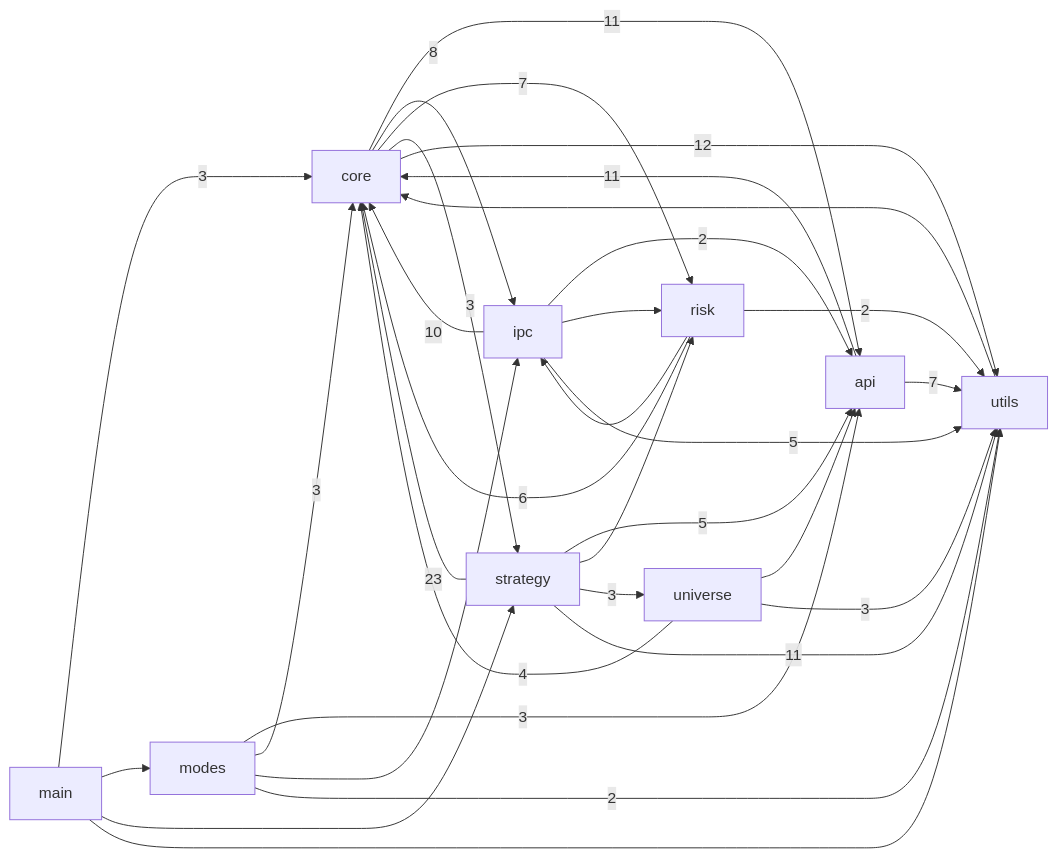
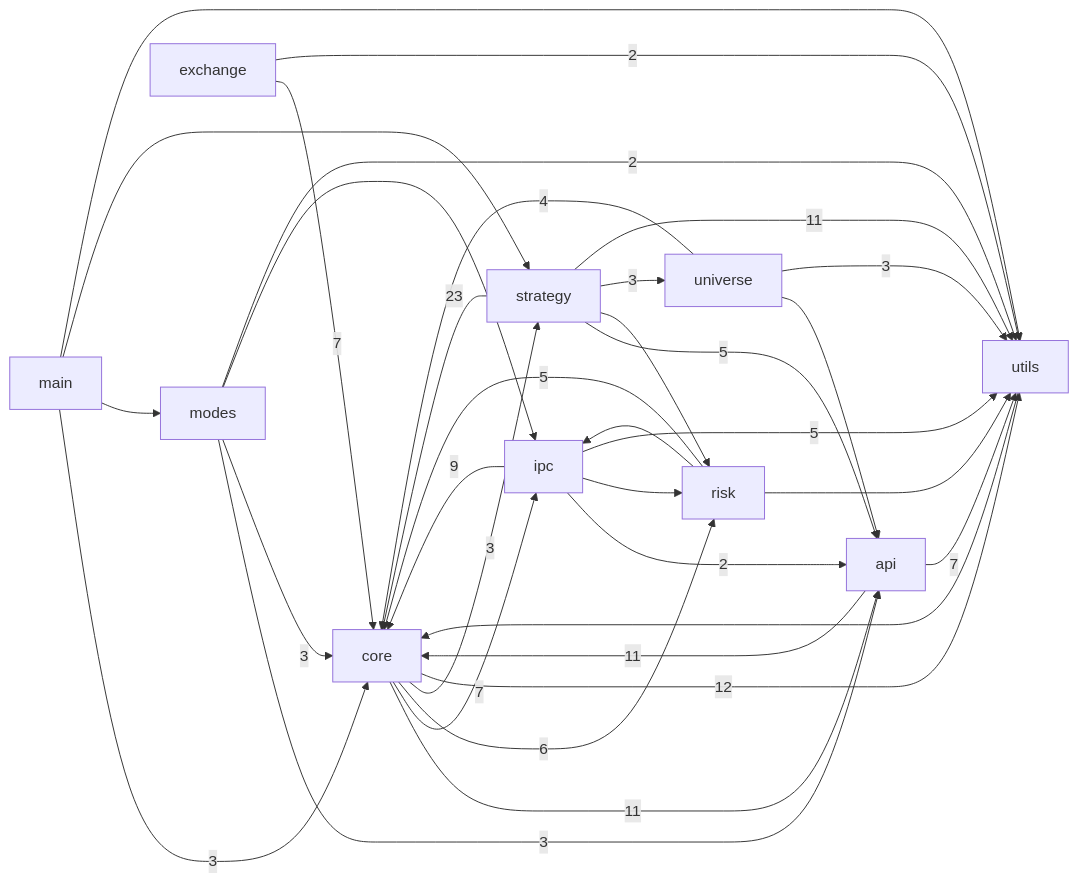
The first of 3 diagrams in docs/CODE_GRAPH.md (pypy8171/Quant), drawn with Mermaid before and after one commit. The commit also changed other lines of this file and 14 other files, not shown here.

````diff
--- a/docs/CODE_GRAPH.md
+++ b/docs/CODE_GRAPH.md
@@ -10,43 +10,46 @@
 ```mermaid
 graph LR
   main[main]
   modes[modes]
   core[core]
   strategy[strategy]
   api[api]
   universe[universe]
   risk[risk]
   ipc[ipc]
   utils[utils]
+  exchange[exchange]
   api -->|11| core
   api -->|7| utils
   core -->|11| api
-  core -->|8| ipc
-  core -->|7| risk
+  core -->|7| ipc
+  core -->|6| risk
   core -->|3| strategy
   core -->|12| utils
+  exchange -->|7| core
+  exchange -->|2| utils
   ipc -->|2| api
-  ipc -->|10| core
+  ipc -->|9| core
   ipc --> risk
   ipc -->|5| utils
   main -->|3| core
   main --> modes
   main --> strategy
   main --> utils
   modes -->|3| api
   modes -->|3| core
   modes --> ipc
   modes -->|2| utils
-  risk -->|6| core
+  risk -->|5| core
   risk --> ipc
-  risk -->|2| utils
+  risk --> utils
   strategy -->|5| api
   strategy -->|23| core
   strategy --> risk
   strategy -->|3| universe
   strategy -->|11| utils
   universe --> api
   universe -->|4| core
   universe -->|3| utils
   utils --> core
 ```
````
